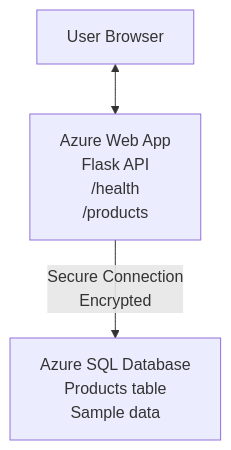
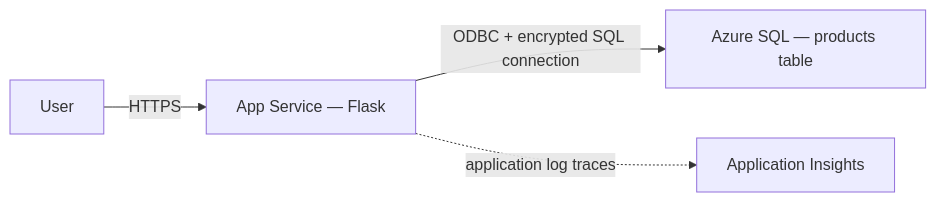
One commit to microsoft/AZD-for-beginners changed the diagram in examples/database-app/README.md. Above: the diagram before and after it, drawn with Mermaid. The commit also changed other lines of this file and 104 other files, not shown here.

````diff
--- a/examples/database-app/README.md
+++ b/examples/database-app/README.md
@@ -72,5 +16,6 @@
 ```mermaid
-graph TD
-    Browser[User Browser] <--> WebApp[Azure Web App<br/>Flask API<br/>/health<br/>/products]
-    WebApp -- Secure Connection<br/>Encrypted --> SQL[Azure SQL Database<br/>Products table<br/>Sample data]
+flowchart LR
+    User -->|HTTPS| Web[App Service — Flask]
+    Web -->|ODBC + encrypted SQL connection| SQL[Azure SQL — products table]
+    Web -. application log traces .-> AI[Application Insights]
 ```
````
